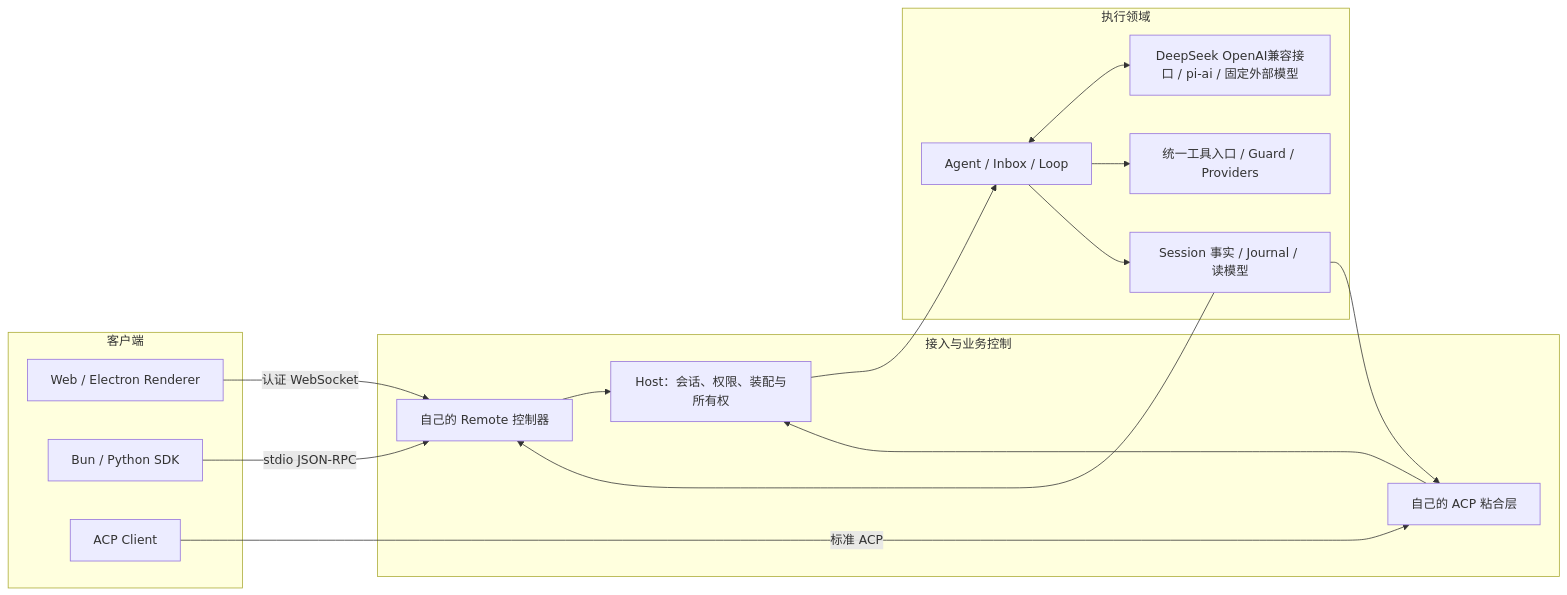
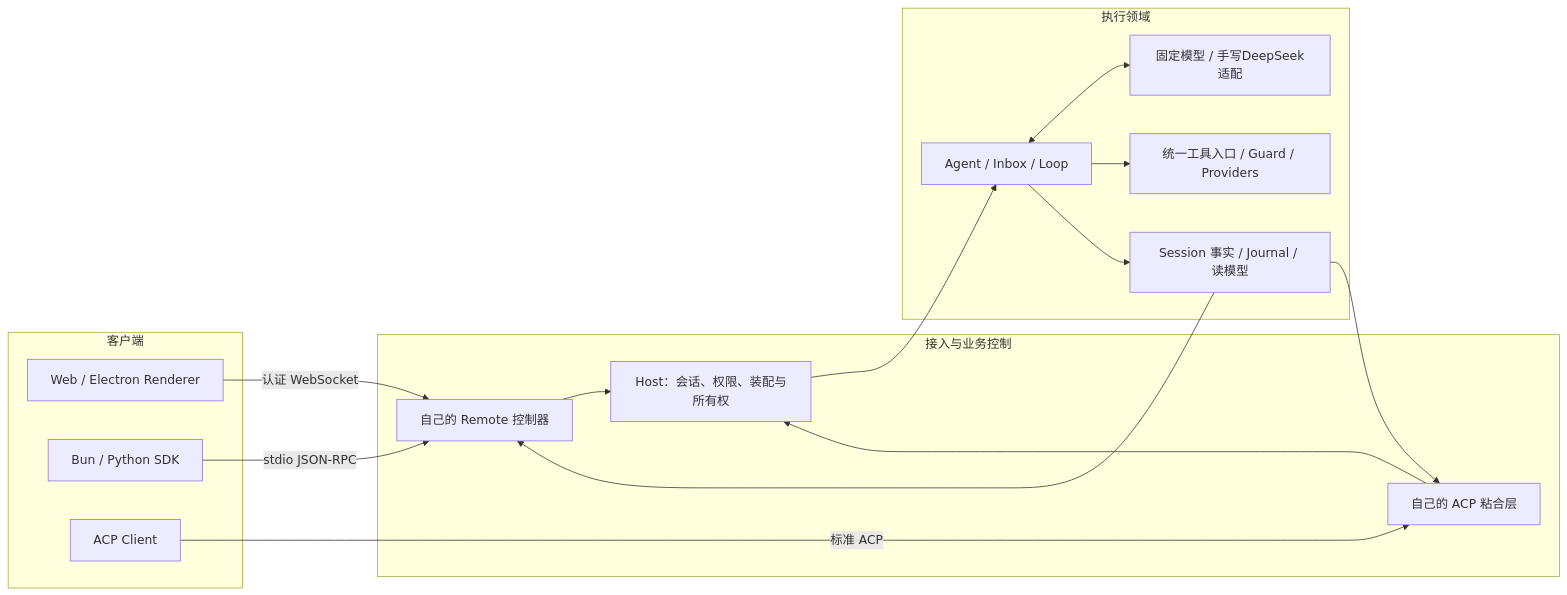
Before and after one commit to dddddd889/deepseek-harness-demo: the diagram in tutorial/linear/README.md, drawn with Mermaid. The commit also changed other lines of this file and 157 other files, not shown here.

````diff
--- a/tutorial/linear/README.md
+++ b/tutorial/linear/README.md
@@ -68,30 +67,30 @@
 ```mermaid
 flowchart LR
   subgraph 客户端
     UI[Web / Electron Renderer]
     Native[Bun / Python SDK]
     ACPClient[ACP Client]
   end
   subgraph 接入与业务控制
     RPC[自己的 Remote 控制器]
     Glue[自己的 ACP 粘合层]
     Host[Host：会话、权限、装配与所有权]
   end
   subgraph 执行领域
     Agent[Agent / Inbox / Loop]
-    Model[DeepSeek OpenAI兼容接口 / pi-ai / 固定外部模型]
+    Model[固定模型 / 手写DeepSeek适配]
     Tools[统一工具入口 / Guard / Providers]
     Log[Session 事实 / Journal / 读模型]
   end
   UI -->|认证 WebSocket| RPC
   Native -->|stdio JSON-RPC| RPC
   ACPClient -->|标准 ACP| Glue
   RPC --> Host
   Glue --> Host
   Host --> Agent
   Agent <--> Model
   Agent --> Tools
   Agent --> Log
   Log --> RPC
   Log --> Glue
 ```
````
